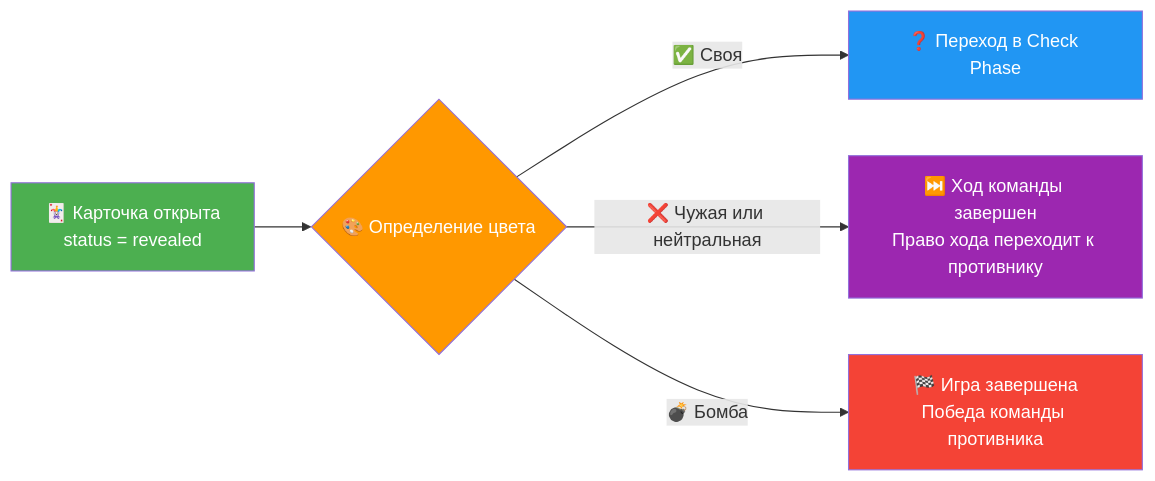
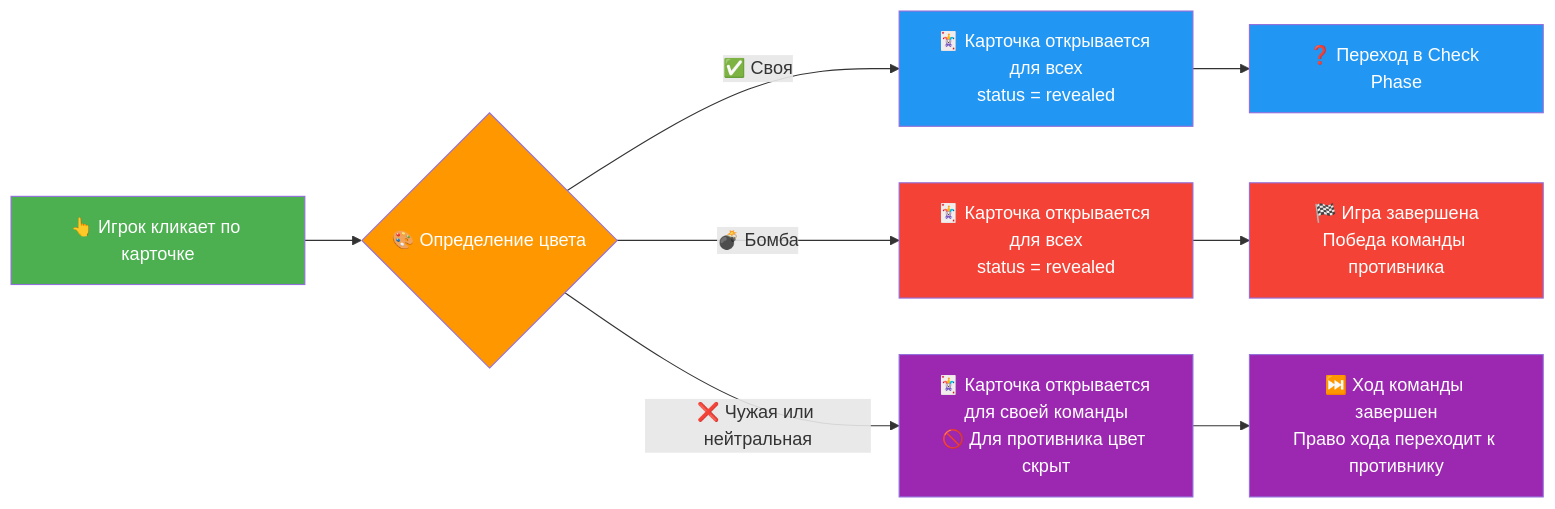
Before and after one commit to mvavilin/nova: the second of 3 diagrams in technical-task.md, drawn with Mermaid. The commit also changed other lines of this file, not shown here.

````diff
--- a/technical-task.md
+++ b/technical-task.md
@@ -269,14 +271,21 @@
     ```mermaid
         flowchart LR
-            A[🃏 Карточка открыта<br>status = revealed] --> B{🎨 Определение цвета}
+            A[👆 Игрок кликает по карточке] --> B{🎨 Определение цвета}
             
-            B -->|✅ Своя| C[❓ Переход в Check Phase]
-            B -->|❌ Чужая или нейтральная| D[⏭️ Ход команды завершен<br>Право хода переходит к противнику]
-            B -->|💣 Бомба| E[🏁 Игра завершена<br>Победа команды противника]
+            B -->|✅ Своя| C[🃏 Карточка открывается для всех<br>status = revealed]
+            B -->|💣 Бомба| D[🃏 Карточка открывается для всех<br>status = revealed]
+            B -->|❌ Чужая или нейтральная| E[🃏 Карточка открывается для своей команды<br>🚫 Для противника цвет скрыт]
+            
+            C --> F[❓ Переход в Check Phase]
+            D --> G[🏁 Игра завершена<br>Победа команды противника]
+            E --> H[⏭️ Ход команды завершен<br>Право хода переходит к противнику]
             
             style A fill:#4CAF50,color:white
             style B fill:#FF9800,color:white
             style C fill:#2196F3,color:white
-            style D fill:#9C27B0,color:white
-            style E fill:#f44336,color:white
+            style D fill:#f44336,color:white
+            style E fill:#9C27B0,color:white
+            style F fill:#2196F3,color:white
+            style G fill:#f44336,color:white
+            style H fill:#9C27B0,color:white
     ```
````
